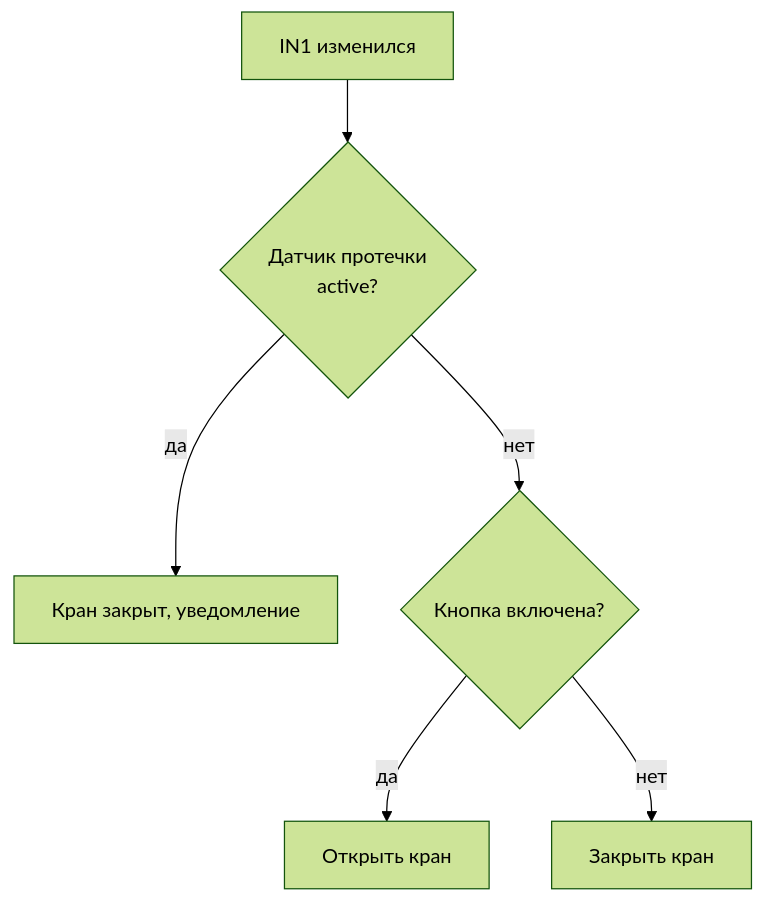
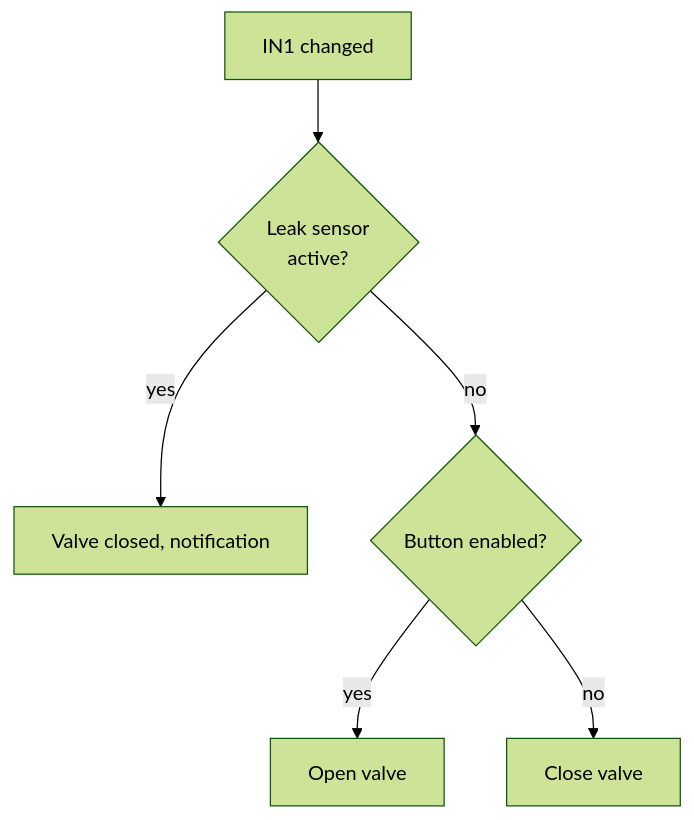
The first of 3 diagrams in src/server/fixtures/skills/diagrams.md (wirenboard/wb-ai-helper-desktop), drawn with Mermaid (forest theme) before and after one commit. The commit also changed other lines of this file and 76 other files, not shown here.

````diff
--- a/src/server/fixtures/skills/diagrams.md
+++ b/src/server/fixtures/skills/diagrams.md
@@ -27,8 +27,8 @@
 ```mermaid
 flowchart TD
-    A[IN1 изменился] --> B{Датчик протечки\nactive?}
-    B -- да --> C[Кран закрыт, уведомление]
-    B -- нет --> D{Кнопка включена?}
-    D -- да --> E[Открыть кран]
-    D -- нет --> F[Закрыть кран]
+    A[IN1 changed] --> B{Leak sensor\nactive?}
+    B -- yes --> C[Valve closed, notification]
+    B -- no --> D{Button enabled?}
+    D -- yes --> E[Open valve]
+    D -- no --> F[Close valve]
 ```
````
